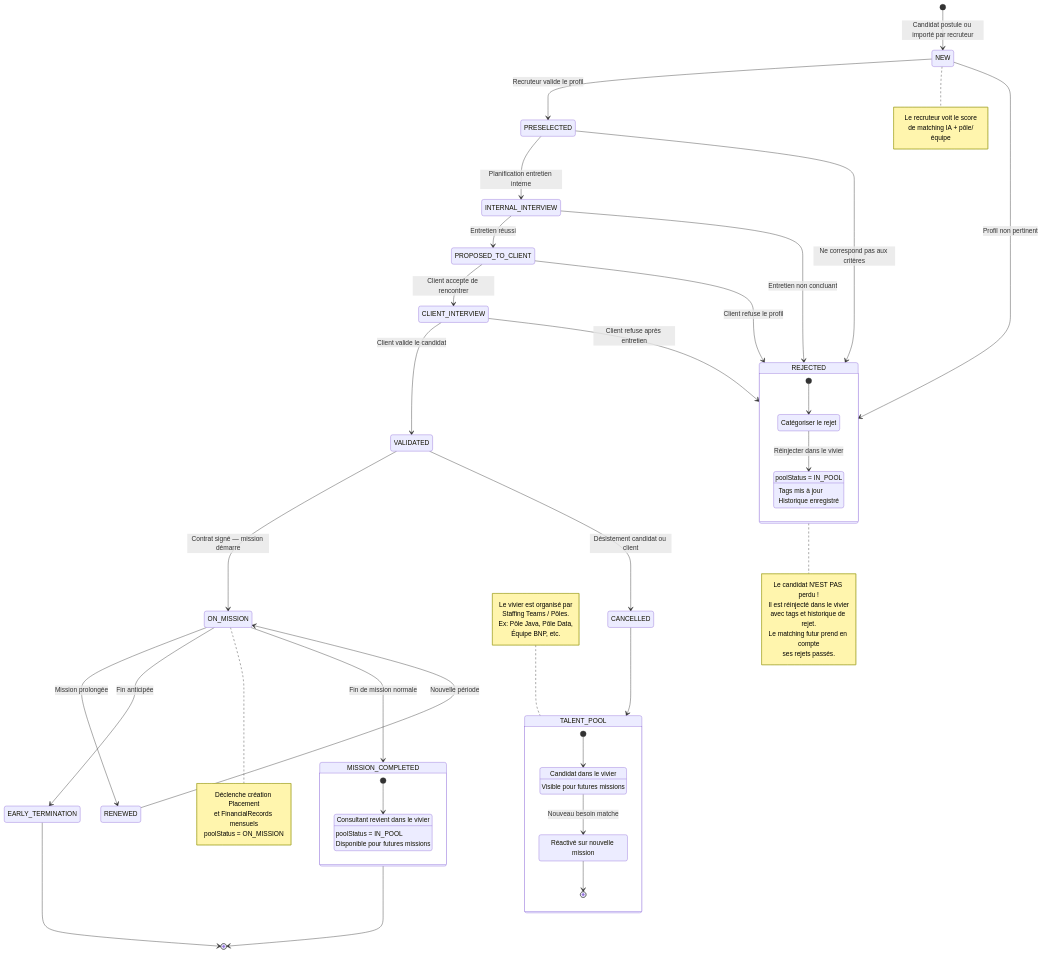
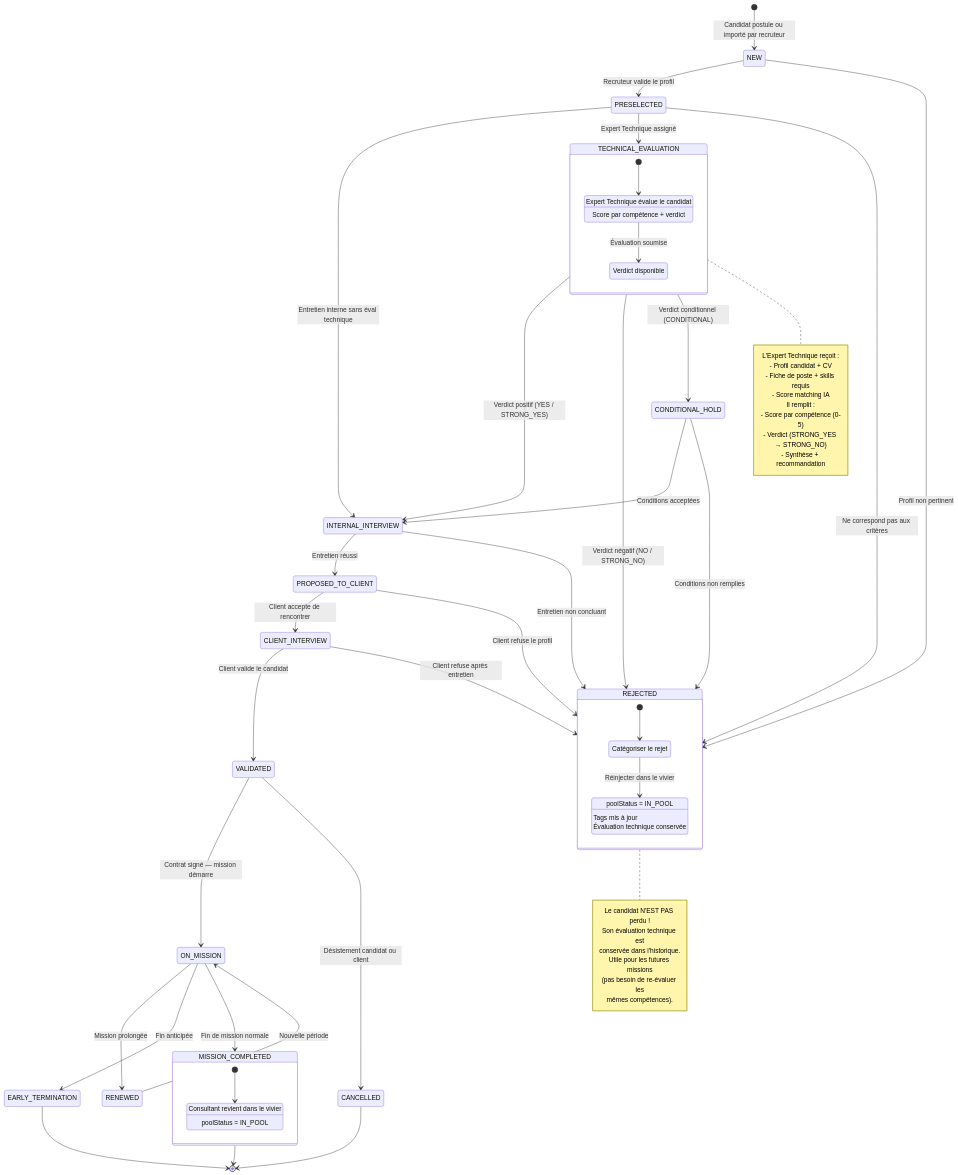
The diagram in docs/diagrams/domain/pipeline-states.md (MisterRaymond/staffing-ai-architecture), drawn with Mermaid before and after one commit. The commit also changed 4 other files, not shown here.

````diff
--- a/docs/diagrams/domain/pipeline-states.md
+++ b/docs/diagrams/domain/pipeline-states.md
@@ -7,9 +7,25 @@
     NEW --> PRESELECTED: Recruteur valide le profil
     NEW --> REJECTED: Profil non pertinent
     
-    PRESELECTED --> INTERNAL_INTERVIEW: Planification entretien interne
+    PRESELECTED --> TECHNICAL_EVALUATION: Expert Technique assigné
+    PRESELECTED --> INTERNAL_INTERVIEW: Entretien interne sans éval technique
     PRESELECTED --> REJECTED: Ne correspond pas aux critères
-    
+
+    state TECHNICAL_EVALUATION {
+        [*] --> eval_pending
+        eval_pending: Expert Technique évalue le candidat
+        eval_pending: Score par compétence + verdict
+        eval_pending --> eval_done: Évaluation soumise
+        eval_done: Verdict disponible
+    }
+
+    TECHNICAL_EVALUATION --> INTERNAL_INTERVIEW: Verdict positif (YES / STRONG_YES)
+    TECHNICAL_EVALUATION --> REJECTED: Verdict négatif (NO / STRONG_NO)
+    TECHNICAL_EVALUATION --> CONDITIONAL_HOLD: Verdict conditionnel (CONDITIONAL)
+
+    CONDITIONAL_HOLD --> INTERNAL_INTERVIEW: Conditions acceptées
+    CONDITIONAL_HOLD --> REJECTED: Conditions non remplies
+
     INTERNAL_INTERVIEW --> PROPOSED_TO_CLIENT: Entretien réussi
     INTERNAL_INTERVIEW --> REJECTED: Entretien non concluant
     
@@ -34,53 +50,36 @@
         analyze_rejection --> reinject_pool: Réinjecter dans le vivier
         reinject_pool: poolStatus = IN_POOL
         reinject_pool: Tags mis à jour
-        reinject_pool: Historique enregistré
+        reinject_pool: Évaluation technique conservée
     }
 
     state MISSION_COMPLETED {
         [*] --> back_to_pool
         back_to_pool: Consultant revient dans le vivier
         back_to_pool: poolStatus = IN_POOL
-        back_to_pool: Disponible pour futures missions
     }
 
-    CANCELLED --> TALENT_POOL
-
-    state TALENT_POOL {
-        [*] --> in_pool
-        in_pool: Candidat dans le vivier
-        in_pool: Visible pour futures missions
-        in_pool --> reactivated: Nouveau besoin matche
-        reactivated: Réactivé sur nouvelle mission
-        reactivated --> [*]
-    }
-
+    CANCELLED --> [*]
     MISSION_COMPLETED --> [*]
     EARLY_TERMINATION --> [*]
 
-    note right of NEW
-        Le recruteur voit le score
-        de matching IA + pôle/équipe
-    end note
-
-    note right of ON_MISSION
-        Déclenche création Placement
-        et FinancialRecords mensuels
-        poolStatus = ON_MISSION
+    note right of TECHNICAL_EVALUATION
+        L'Expert Technique reçoit :
+        - Profil candidat + CV
+        - Fiche de poste + skills requis
+        - Score matching IA
+        Il remplit :
+        - Score par compétence (0-5)
+        - Verdict (STRONG_YES → STRONG_NO)
+        - Synthèse + recommandation
     end note
 
     note right of REJECTED
         Le candidat N'EST PAS perdu !
-        Il est réinjecté dans le vivier
-        avec tags et historique de rejet.
-        Le matching futur prend en compte
-        ses rejets passés.
-    end note
-
-    note left of TALENT_POOL
-        Le vivier est organisé par
-        Staffing Teams / Pôles.
-        Ex: Pôle Java, Pôle Data,
-        Équipe BNP, etc.
+        Son évaluation technique est
+        conservée dans l'historique.
+        Utile pour les futures missions
+        (pas besoin de re-évaluer les
+        mêmes compétences).
     end note
 ```
````
